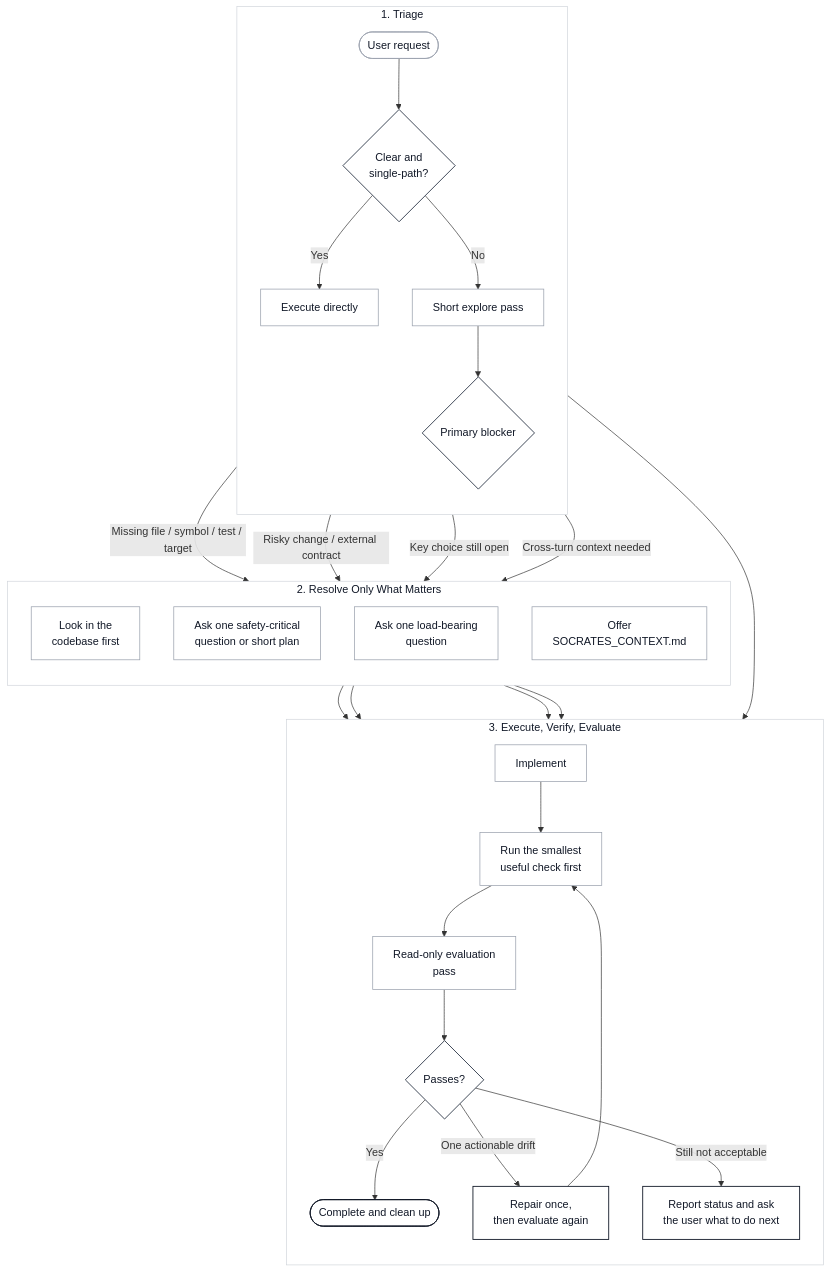
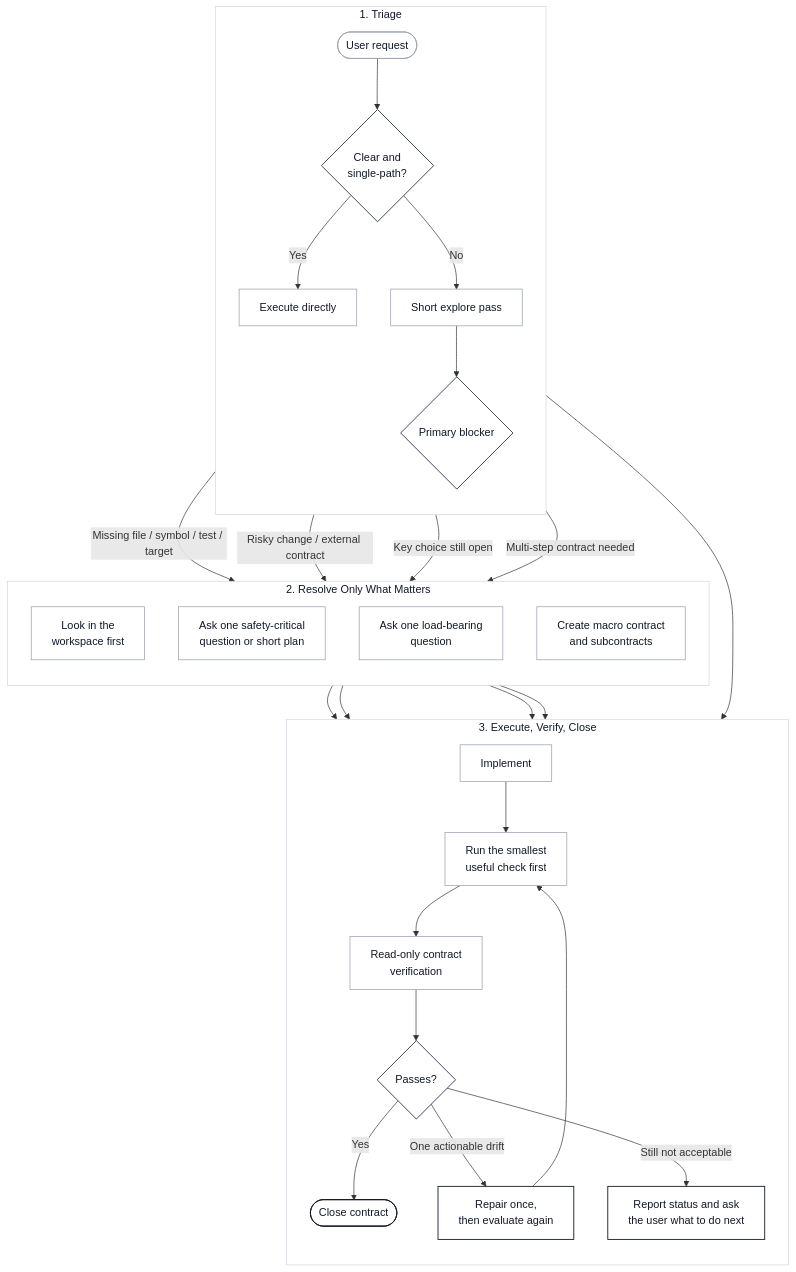
One commit to jiyeongjun/socrates-protocol changed the diagram in README.md. Above: the diagram before and after it, drawn with Mermaid. The commit also changed other lines of this file and 49 other files, not shown here.

````diff
--- a/README.md
+++ b/README.md
@@ -39,48 +39,48 @@
 ```mermaid
 flowchart TB
     classDef decision fill:#ffffff,stroke:#374151,stroke-width:1.4px,color:#111827;
     classDef action fill:#ffffff,stroke:#9ca3af,stroke-width:1.1px,color:#111827;
     classDef emphasis fill:#ffffff,stroke:#111827,stroke-width:1.3px,color:#111827;
 
     subgraph T["1. Triage"]
         direction TB
         A([User request]):::action --> B{Clear and<br/>single-path?}:::decision
         B -- Yes --> C[Execute directly]:::action
         B -- No --> D[Short explore pass]:::action
         D --> E{Primary blocker}:::decision
     end
 
     subgraph R["2. Resolve Only What Matters"]
         direction TB
-        F[Look in the<br/>codebase first]:::action
+        F[Look in the<br/>workspace first]:::action
         G[Ask one safety-critical<br/>question or short plan]:::action
         H[Ask one load-bearing<br/>question]:::action
-        I[Offer<br/>SOCRATES_CONTEXT.md]:::action
+        I[Create macro contract<br/>and subcontracts]:::action
     end
 
-    subgraph X["3. Execute, Verify, Evaluate"]
+    subgraph X["3. Execute, Verify, Close"]
         direction TB
         J[Implement]:::action --> K[Run the smallest<br/>useful check first]:::action
-        K --> L[Read-only evaluation<br/>pass]:::action
+        K --> L[Read-only contract<br/>verification]:::action
         L --> M{Passes?}:::decision
-        M -- Yes --> N([Complete and clean up]):::emphasis
+        M -- Yes --> N([Close contract]):::emphasis
         M -- One actionable drift --> O[Repair once,<br/>then evaluate again]:::emphasis
         M -- Still not acceptable --> P[Report status and ask<br/>the user what to do next]:::emphasis
     end
 
     E -- Missing file / symbol / test / target --> F
     E -- Risky change / external contract --> G
     E -- Key choice still open --> H
-    E -- Cross-turn context needed --> I
+    E -- Multi-step contract needed --> I
 
     C --> K
     F --> J
     G --> J
     H --> J
     I --> J
     O --> K
 
     style T fill:#ffffff,stroke:#d1d5db,stroke-width:1px,color:#111827
     style R fill:#ffffff,stroke:#d1d5db,stroke-width:1px,color:#111827
     style X fill:#ffffff,stroke:#d1d5db,stroke-width:1px,color:#111827
 ```
````
